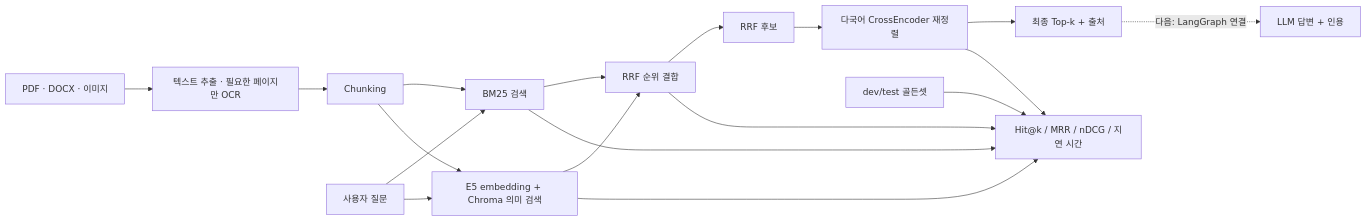
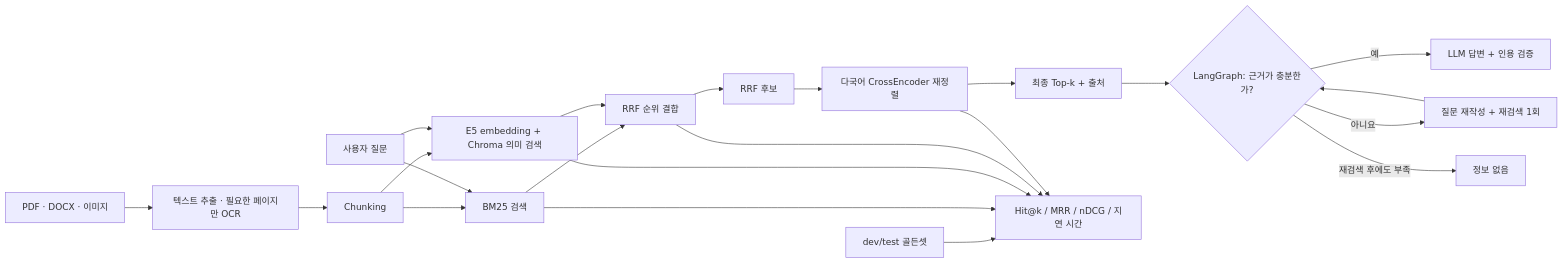
The diagram in README.md (hamjinoo/gongo-rag), drawn with Mermaid before and after one commit. The commit also changed other lines of this file and 13 other files, not shown here.

````diff
--- a/README.md
+++ b/README.md
@@ -46,20 +52,24 @@
 ```mermaid
 flowchart LR
     A["PDF · DOCX · 이미지"] --> B["텍스트 추출 · 필요한 페이지만 OCR"]
     B --> C["Chunking"]
     C --> D["BM25 검색"]
     C --> E["E5 embedding + Chroma 의미 검색"]
     Q["사용자 질문"] --> D
     Q --> E
     D --> F["RRF 순위 결합"]
     E --> F
     F --> U["RRF 후보"]
     U --> R["다국어 CrossEncoder 재정렬"]
     R --> V["최종 Top-k + 출처"]
-    V -. "다음: LangGraph 연결" .-> G["LLM 답변 + 인용"]
+    V --> G{"LangGraph: 근거가 충분한가?"}
+    G -- "예" --> A1["LLM 답변 + 인용 검증"]
+    G -- "아니요" --> W["질문 재작성 + 재검색 1회"]
+    W --> G
+    G -- "재검색 후에도 부족" --> X["정보 없음"]
     H["dev/test 골든셋"] --> I["Hit@k / MRR / nDCG / 지연 시간"]
     D --> I
     E --> I
     F --> I
     R --> I
 ```
````
